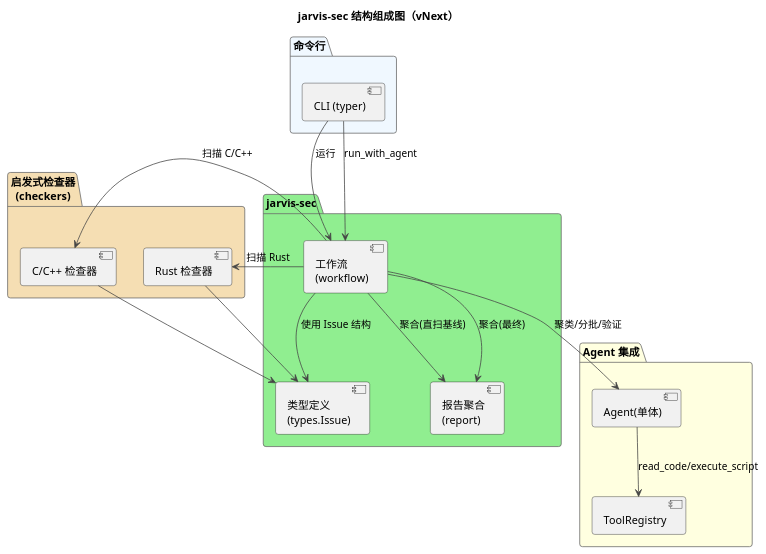
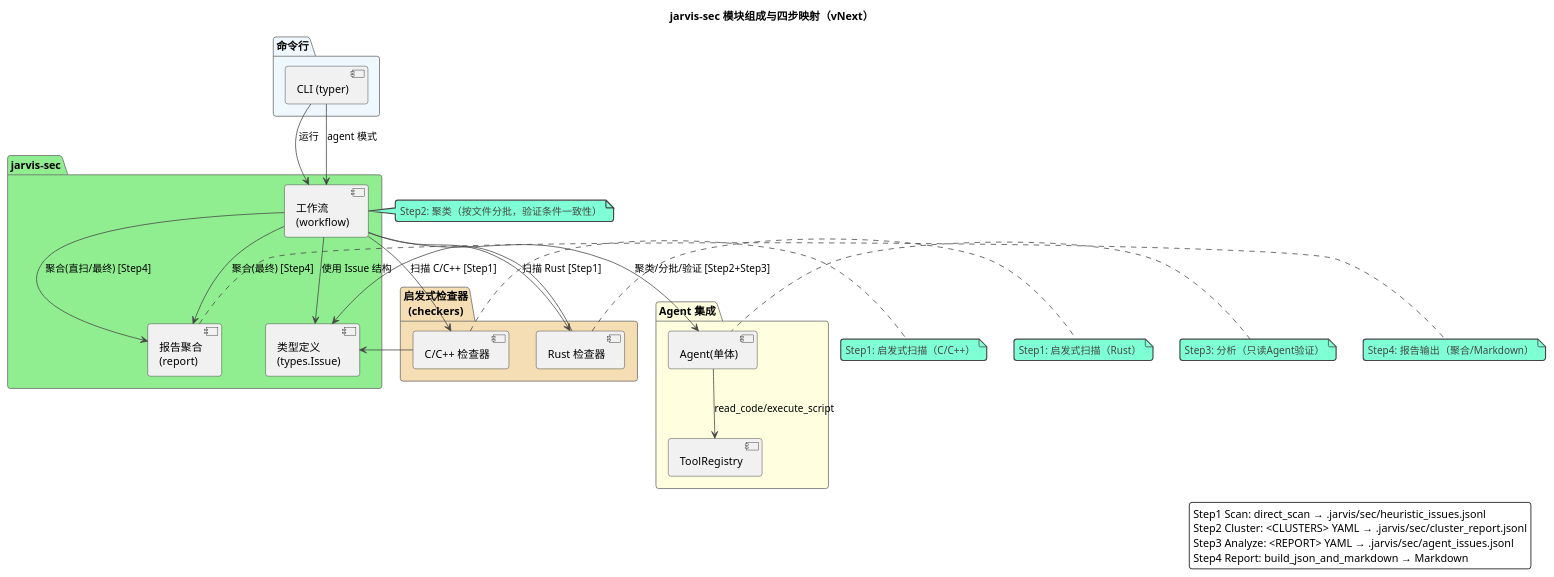
Before and after one commit to skyfireitdiy/Jarvis: the first of 4 diagrams in docs/架构设计/jarvis-sec系统架构设计.md, drawn with PlantUML. The commit also changed other lines of this file, not shown here.

First line of the commit message:
docs(jarvis-sec): 更新架构设计为vNext首版，补充四步闭环与JSONL产物

````diff
--- a/docs/架构设计/jarvis-sec系统架构设计.md
+++ b/docs/架构设计/jarvis-sec系统架构设计.md
@@ -43,43 +66,72 @@
 ```plantuml
 @startuml
 !theme vibrant
-title jarvis-sec 结构组成图（vNext）
+title jarvis-sec 模块组成与四步映射（vNext）
 
 package "jarvis-sec" #LightGreen {
   component "工作流\n(workflow)" as Workflow
   component "报告聚合\n(report)" as Report
   component "类型定义\n(types.Issue)" as Types
 }
 
 package "启发式检查器\n(checkers)" #Wheat {
   component "C/C++ 检查器" as CChecker
   component "Rust 检查器" as RustChecker
 }
 
 package "Agent 集成" #LightYellow {
   component "Agent(单体)" as Agent
   component "ToolRegistry" as Tools
 }
 
 package "命令行" #AliceBlue {
   component "CLI (typer)" as CLI
 }
 
-' 直扫基线
+' 四步映射的说明性标注
+note right of Workflow
+Step2: 聚类（按文件分批，验证条件一致性）
+end note
+
+note right of CChecker
+Step1: 启发式扫描（C/C++）
+end note
+
+note right of RustChecker
+Step1: 启发式扫描（Rust）
+end note
+
+note left of Agent
+Step3: 分析（只读Agent验证）
+end note
+
+note right of Report
+Step4: 报告输出（聚合/Markdown）
+end note
+
+' 直扫基线（Step1 + Step4）
 CLI --> Workflow : 运行
-Workflow --> CChecker : 扫描 C/C++
-Workflow --> RustChecker : 扫描 Rust
-Workflow --> Report : 聚合(直扫基线)
+Workflow --> CChecker : 扫描 C/C++ [Step1]
+Workflow --> RustChecker : 扫描 Rust [Step1]
+Workflow --> Report : 聚合(直扫/最终) [Step4]
 
-' 单Agent聚类分批验证
-CLI --> Workflow : run_with_agent
-Workflow --> Agent : 聚类/分批/验证
+' 单Agent聚类分批验证（Step2 + Step3 + Step4）
+CLI --> Workflow : agent 模式
+Workflow --> Agent : 聚类/分批/验证 [Step2+Step3]
 Agent --> Tools : read_code/execute_script
-Workflow --> Report : 聚合(最终)
+Workflow --> Report : 聚合(最终) [Step4]
 
 ' 依赖
 Workflow --> Types : 使用 Issue 结构
 CChecker --> Types
 RustChecker --> Types
+
+' 四步映射图例
+legend right
+  Step1 Scan: direct_scan → .jarvis/sec/heuristic_issues.jsonl
+  Step2 Cluster: <CLUSTERS> YAML → .jarvis/sec/cluster_report.jsonl
+  Step3 Analyze: <REPORT> YAML → .jarvis/sec/agent_issues.jsonl
+  Step4 Report: build_json_and_markdown → Markdown
+endlegend
 @enduml
 ```
````
